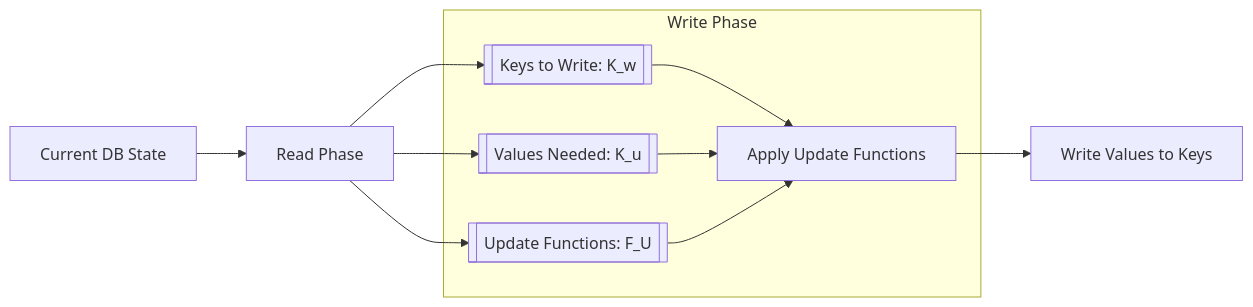
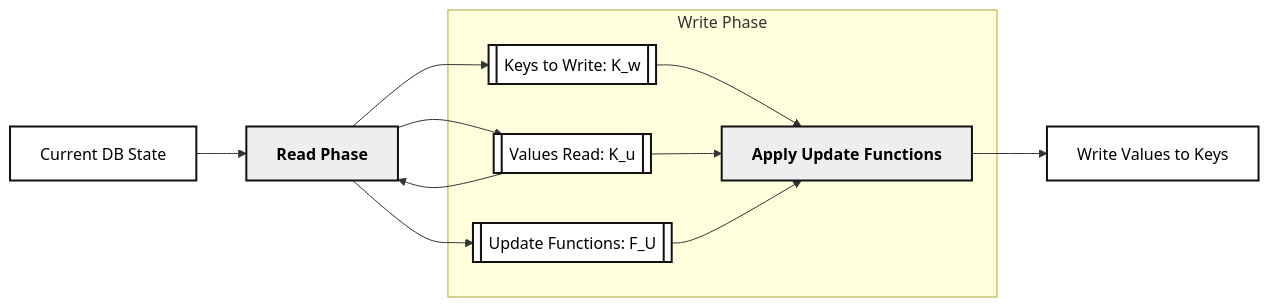
One commit to will62794/will62794.github.io changed the diagram in _drafts/2026-01-08-transactional-programming.md. Above: the diagram before and after it, drawn with Mermaid. The commit also changed other lines of this file, not shown here.

````diff
--- a/_drafts/2026-01-08-transactional-programming.md
+++ b/_drafts/2026-01-08-transactional-programming.md
@@ -202,11 +196,20 @@
 ```mermaid
 flowchart LR
-    A[Current DB State] --> B[Read Phase]
-    B --> C[[Keys to Write: K_w]]
-    B --> D[[Values Needed: K_u]]
-    B --> E[[Update Functions: F_U]]
+    %% Black and White Style
+    %% Use sharp edges, grayscale fills, and monochrome arrows/nodes
+
+    %% Define style classes for black/white mode
+    classDef bwNode fill:#fff,stroke:#111,color:#000,stroke-width:2px
+    classDef bwEmph fill:#eee,stroke:#111,color:#000,stroke-width:2px,font-weight:bold
+    classDef bwPhase fill:#fff,stroke:#111,color:#1a1a1a,stroke-width:2px
+
+    A[Current DB State]:::bwNode --> B[Read Phase]:::bwEmph
+    B --> C[[Keys to Write: K_w]]:::bwNode
+    B --> D[[Values Read: K_u]]:::bwNode
+    D --> B
+    B --> E[[Update Functions: F_U]]:::bwNode
     subgraph Write Phase
-        C & D & E --> F[Apply Update Functions]
+        C & D & E --> F[Apply Update Functions]:::bwEmph
     end
-    F --> G[Write Values to Keys]
+    F --> G[Write Values to Keys]:::bwNode
 ```
````
